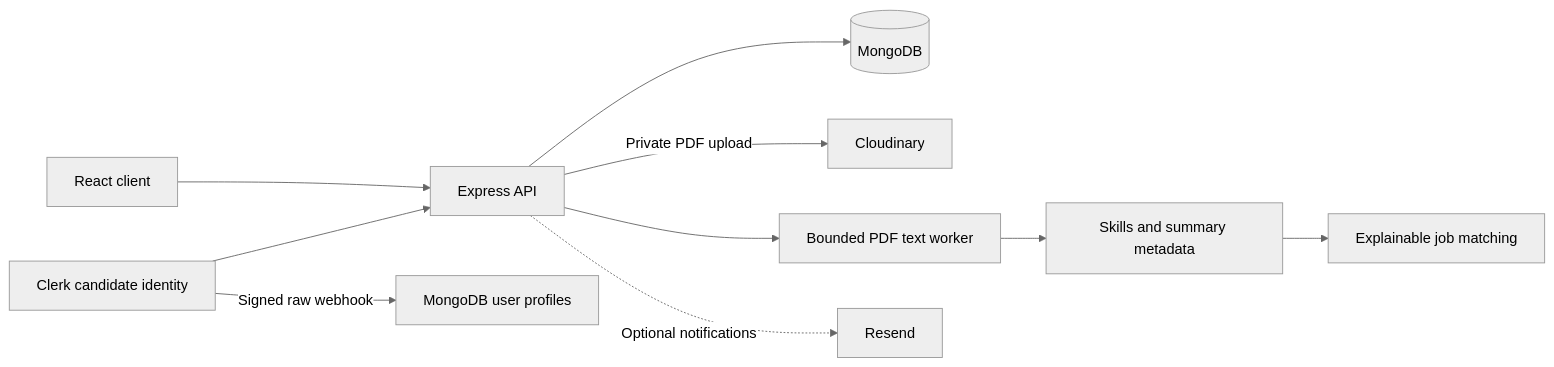
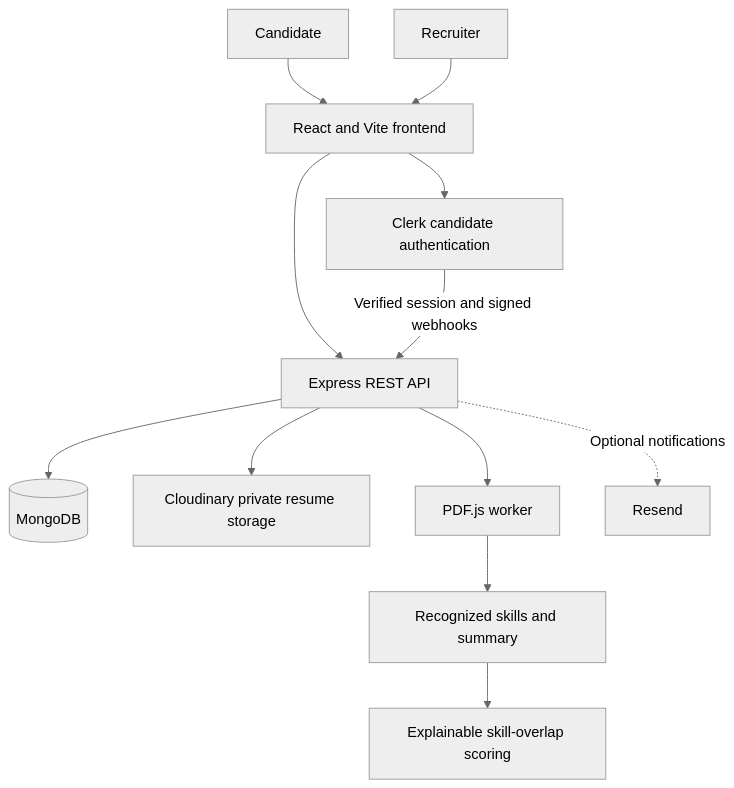
Before and after one commit to Priyam-Patil/Codec-Technologies-Job-Portal-System: the diagram in README.md, drawn with Mermaid (neutral theme). The commit also changed other lines of this file, not shown here.

````diff
--- a/README.md
+++ b/README.md
@@ -39,12 +92,14 @@
 ```mermaid
-flowchart LR
-  UI[React client] --> API[Express API]
-  Clerk[Clerk candidate identity] --> API
-  Clerk -->|Signed raw webhook| Users[MongoDB user profiles]
-  API --> DB[(MongoDB)]
-  API -->|Private PDF upload| Cloudinary[Cloudinary]
-  API --> Worker[Bounded PDF text worker]
-  Worker --> Skills[Skills and summary metadata]
-  Skills --> Match[Explainable job matching]
-  API -. Optional notifications .-> Email[Resend]
+flowchart TD
+    Candidate[Candidate] --> UI[React and Vite frontend]
+    Recruiter[Recruiter] --> UI
+    UI --> API[Express REST API]
+    UI --> Clerk[Clerk candidate authentication]
+    Clerk -->|Verified session and signed webhooks| API
+    API --> DB[(MongoDB)]
+    API --> Storage[Cloudinary private resume storage]
+    API --> Parser[PDF.js worker]
+    Parser --> Skills[Recognized skills and summary]
+    Skills --> Matching[Explainable skill-overlap scoring]
+    API -. Optional notifications .-> Email[Resend]
 ```
````
